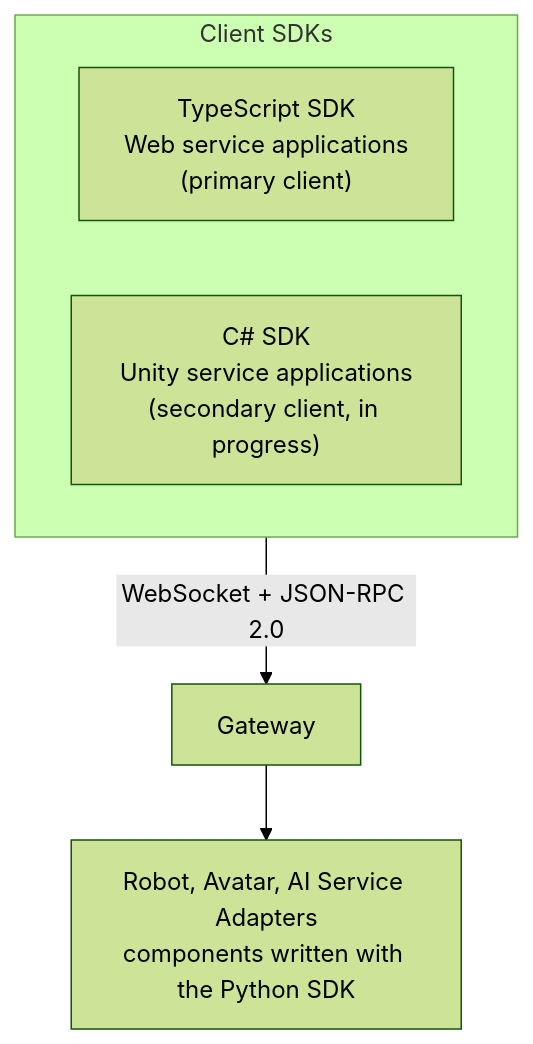
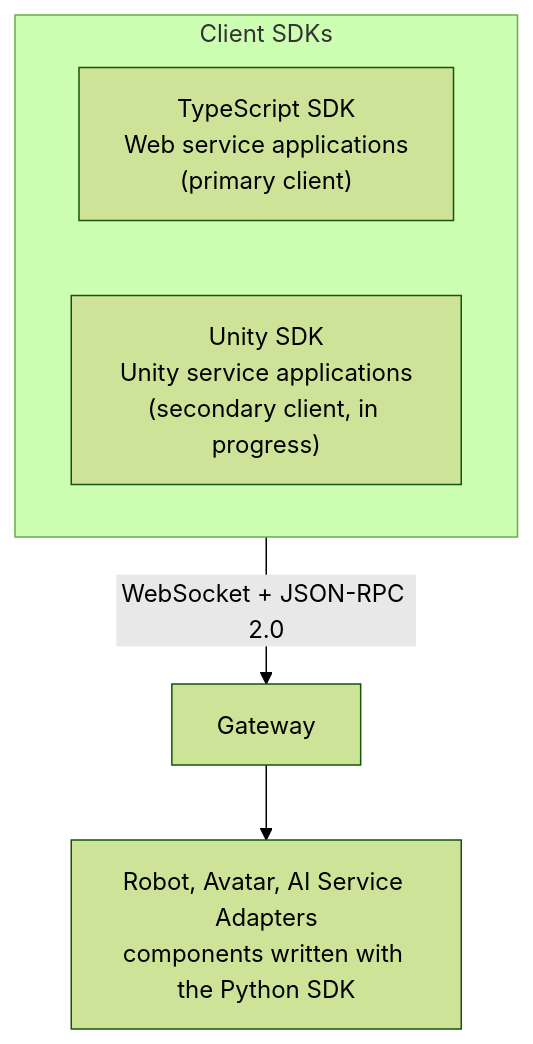
One commit to openrois/openrois changed the eighth of 18 diagrams in docs/white-paper.md. Above: the diagram before and after it, drawn with Mermaid (forest theme). The commit also changed other lines of this file and 95 other files, not shown here.

````diff
--- a/docs/white-paper.md
+++ b/docs/white-paper.md
@@ -703,11 +703,11 @@
 ```mermaid
 flowchart TB
     subgraph SDKs["Client SDKs"]
         direction LR
         TS["TypeScript SDK<br/>Web service applications<br/>(primary client)"]
-        CSharp["C# SDK<br/>Unity service applications<br/>(secondary client, in progress)"]
+        Unity["Unity SDK<br/>Unity service applications<br/>(secondary client, in progress)"]
     end
 
     SDKs -->|"WebSocket + JSON-RPC 2.0"| Gateway["Gateway"]
     Gateway --> Adapters["Robot, Avatar, AI Service Adapters<br/>components written with the Python SDK"]
 ```
````
